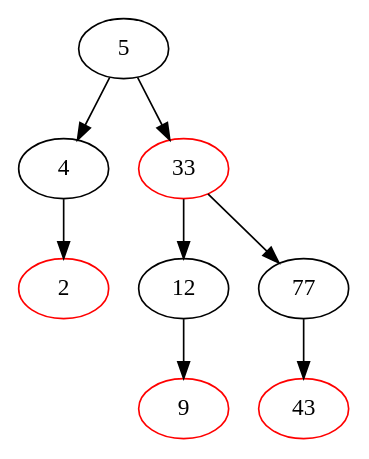
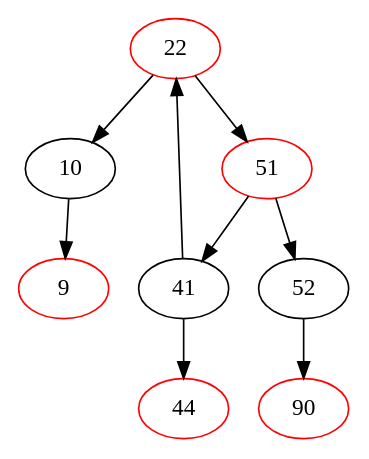
Before and after one commit to DanielDourado00/ED-II: the diagram in arvore.dot, drawn with Graphviz. The commit also changed 3 other files, not shown here.

```diff
--- a/arvore.dot
+++ b/arvore.dot
@@ -1,17 +1,19 @@
 digraph ArvoreRubroNegra {
-5 [label="5", color=black];
-5 -> 4;
-4 [label="4", color=black];
-4 -> 2;
-2 [label="2", color=red];
-5 -> 33;
-33 [label="33", color=red];
-33 -> 12;
-12 [label="12", color=black];
-12 -> 9;
+22 [label="22", color=black];
+22 -> 10;
+10 [label="10", color=black];
+10 -> 9;
 9 [label="9", color=red];
-33 -> 77;
-77 [label="77", color=black];
-77 -> 43;
-43 [label="43", color=red];
+22 -> 51;
+51 [label="51", color=red];
+51 -> 41;
+41 [label="41", color=black];
+41 -> 22;
+22 [label="22", color=red];
+41 -> 44;
+44 [label="44", color=red];
+51 -> 52;
+52 [label="52", color=black];
+52 -> 90;
+90 [label="90", color=red];
 }
```
